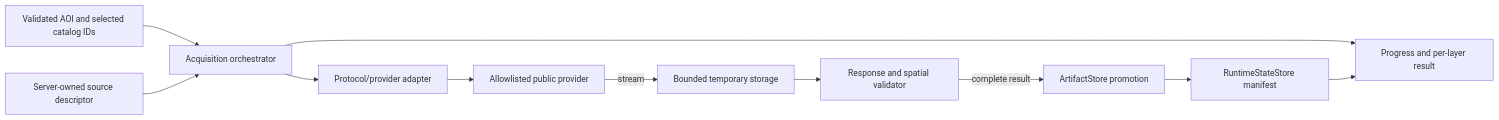
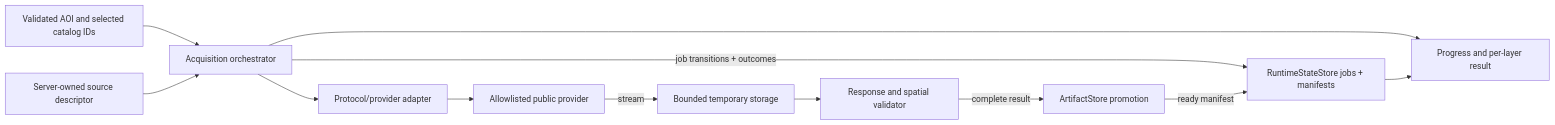
Before and after one commit to kuras120/geo-planner: the first of 2 diagrams in docs/architecture/acquisition-and-artifact-flow.md, drawn with Mermaid. The commit also changed other lines of this file and 2 other files, not shown here.

Commit message:
docs: clarify startup and architecture flows

````diff
--- a/docs/architecture/acquisition-and-artifact-flow.md
+++ b/docs/architecture/acquisition-and-artifact-flow.md
@@ -14,24 +14,25 @@
 ```mermaid
 flowchart LR
     COMMAND["Validated AOI and selected catalog IDs"]
     ORCHESTRATOR["Acquisition orchestrator"]
     DESCRIPTOR["Server-owned source descriptor"]
     ADAPTER["Protocol/provider adapter"]
     PROVIDER["Allowlisted public provider"]
     TEMP["Bounded temporary storage"]
     VALIDATOR["Response and spatial validator"]
     ARTIFACT["ArtifactStore promotion"]
-    STATE["RuntimeStateStore manifest"]
+    STATE["RuntimeStateStore jobs + manifests"]
     CLIENT["Progress and per-layer result"]
 
     COMMAND --> ORCHESTRATOR
     DESCRIPTOR --> ORCHESTRATOR
     ORCHESTRATOR --> ADAPTER
     ADAPTER --> PROVIDER
     PROVIDER -->|"stream"| TEMP
     TEMP --> VALIDATOR
     VALIDATOR -->|"complete result"| ARTIFACT
-    ARTIFACT --> STATE
+    ORCHESTRATOR -->|"job transitions + outcomes"| STATE
+    ARTIFACT -->|"ready manifest"| STATE
     ORCHESTRATOR --> CLIENT
     STATE --> CLIENT
 ```
````
